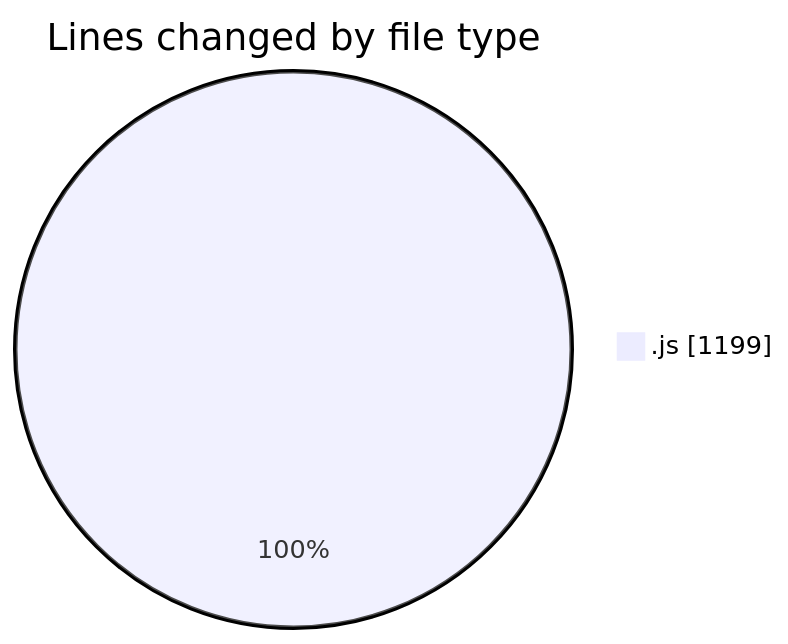
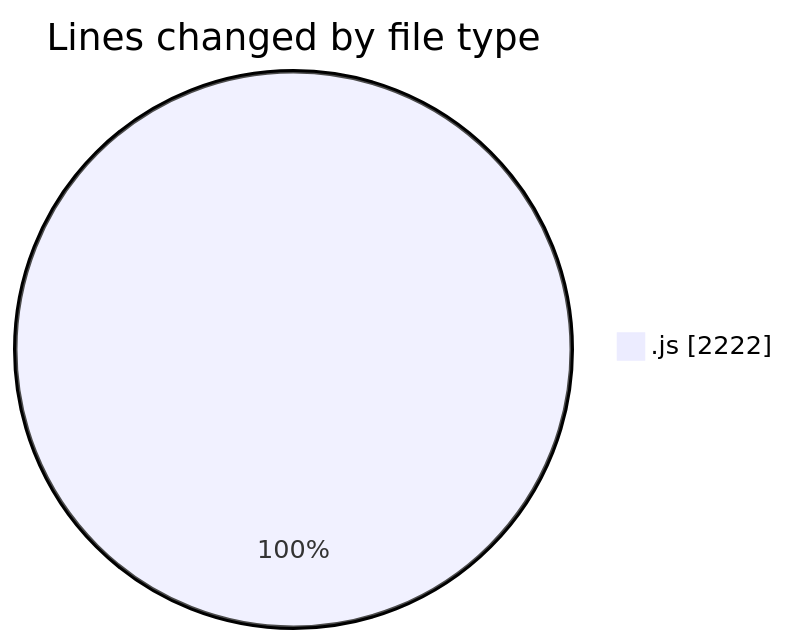
The first of 2 diagrams in 2025-09-26/nxtqube_webapp/README.md (nxtqubesakshisongat/code-tracking), drawn with Mermaid before and after one commit. The commit also changed other lines of this file and 1 other file, not shown here.

````diff
--- a/2025-09-26/nxtqube_webapp/README.md
+++ b/2025-09-26/nxtqube_webapp/README.md
@@ -21,5 +21,5 @@
 ```mermaid
 pie showData
 title Lines changed by file type
-".js" : 1199
+".js" : 2222
 ```
````
